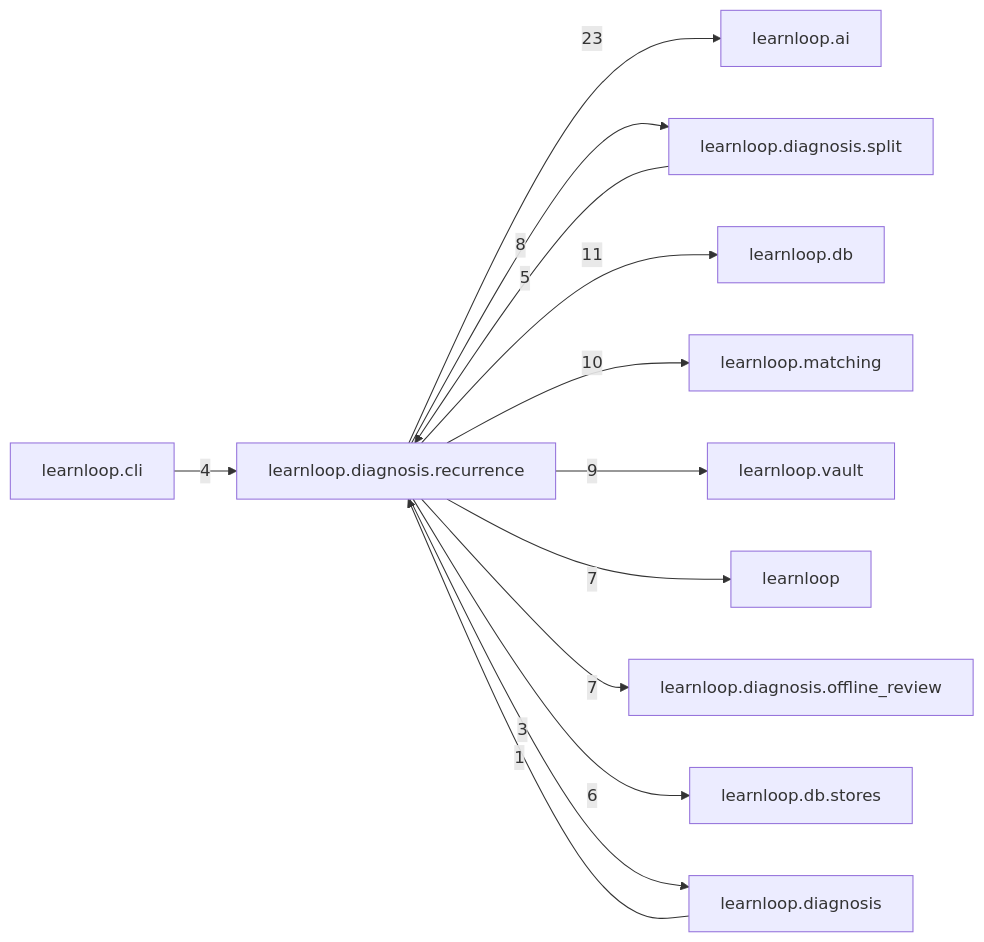
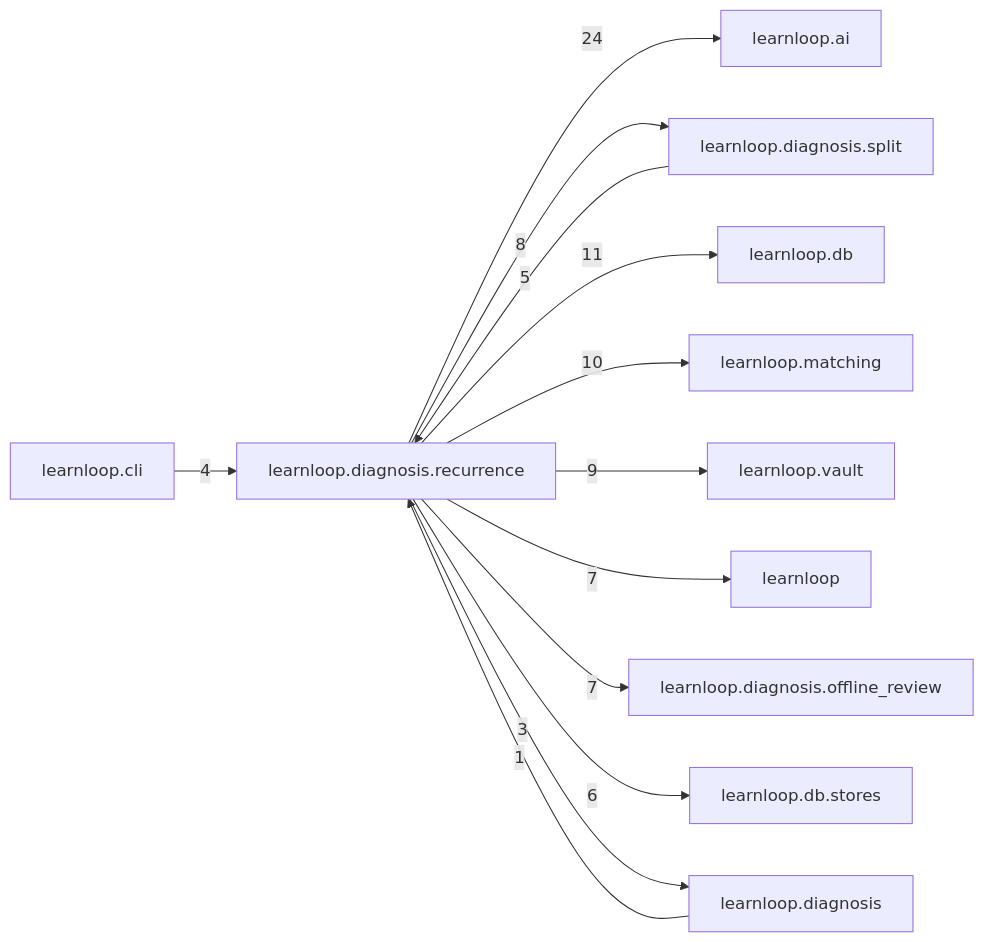
One commit to 6up-b/learnanything changed the diagram in docs/learnloop-architecture-vault/Reference/Modules/learnloop/diagnosis/recurrence/_package.md. Above: the diagram before and after it, drawn with Mermaid. The commit also changed other lines of this file and 85 other files, not shown here.

````diff
--- a/docs/learnloop-architecture-vault/Reference/Modules/learnloop/diagnosis/recurrence/_package.md
+++ b/docs/learnloop-architecture-vault/Reference/Modules/learnloop/diagnosis/recurrence/_package.md
@@ -94,26 +94,26 @@
 ```mermaid
 flowchart LR
     center["learnloop.diagnosis.recurrence"]
     n_learnloop_ai["learnloop.ai"]
     n_learnloop_diagnosis_split["learnloop.diagnosis.split"]
     n_learnloop_db["learnloop.db"]
     n_learnloop_matching["learnloop.matching"]
     n_learnloop_vault["learnloop.vault"]
     n_learnloop["learnloop"]
     n_learnloop_diagnosis_offline_review["learnloop.diagnosis.offline_review"]
     n_learnloop_db_stores["learnloop.db.stores"]
     n_learnloop_cli["learnloop.cli"]
     n_learnloop_diagnosis["learnloop.diagnosis"]
-    center -->|23| n_learnloop_ai
+    center -->|24| n_learnloop_ai
     n_learnloop_diagnosis_split -->|5| center
     center -->|8| n_learnloop_diagnosis_split
     center -->|11| n_learnloop_db
     center -->|10| n_learnloop_matching
     center -->|9| n_learnloop_vault
     center -->|7| n_learnloop
     center -->|7| n_learnloop_diagnosis_offline_review
     center -->|6| n_learnloop_db_stores
     n_learnloop_cli -->|4| center
     n_learnloop_diagnosis -->|1| center
     center -->|3| n_learnloop_diagnosis
 ```
````
